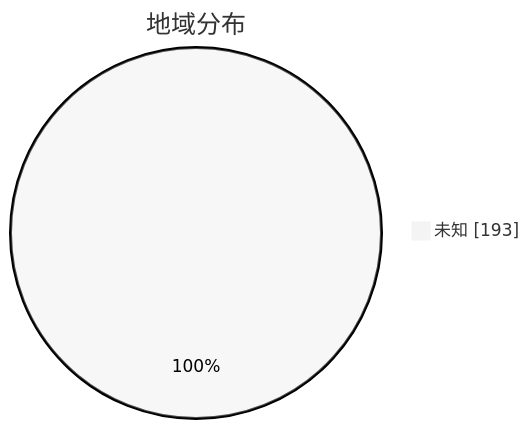
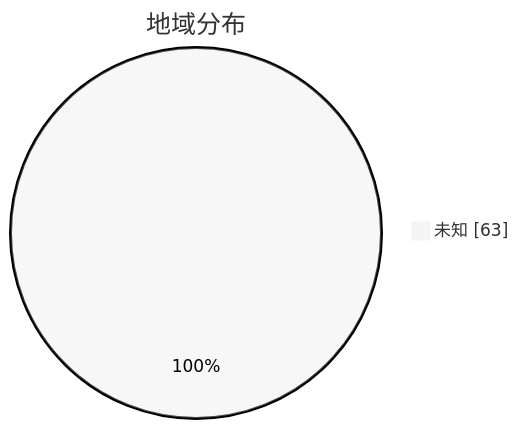
One commit to qjlxg/airport changed the second of 3 diagrams in subs/statistics/tested_within.md. Above: the diagram before and after it, drawn with Mermaid (neutral theme). The commit also changed other lines of this file and 2 other files, not shown here.

````diff
--- a/subs/statistics/tested_within.md
+++ b/subs/statistics/tested_within.md
@@ -15,5 +12,5 @@
 ```mermaid
 pie showData
 title 地域分布
-"未知" : 193
+"未知" : 63
 ```
````
